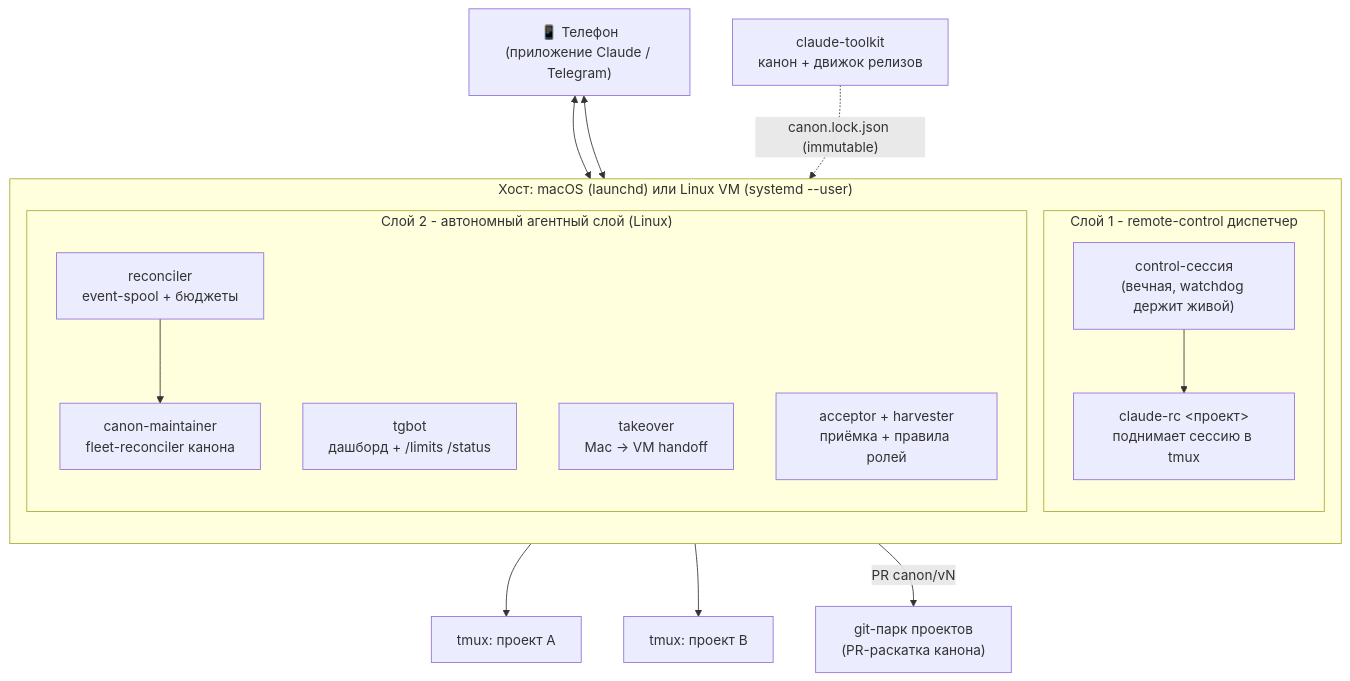
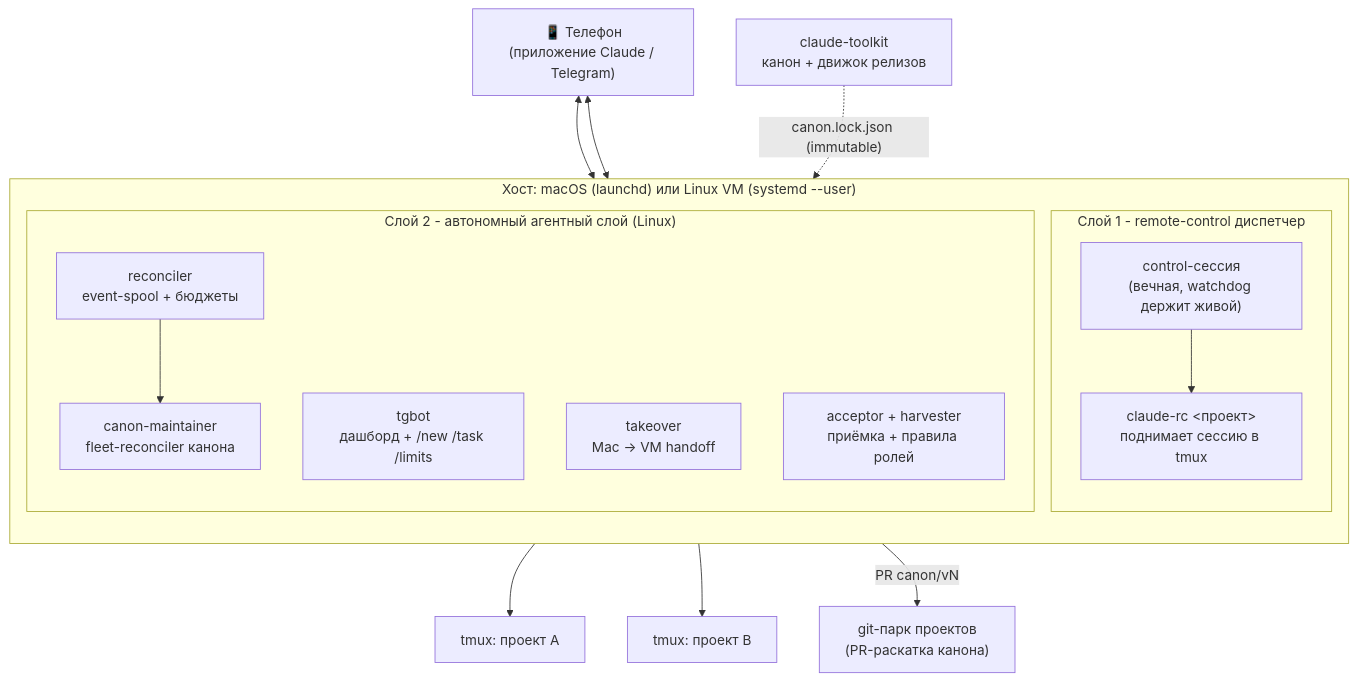
The diagram in README.md (dewil/claude-control), drawn with Mermaid before and after one commit. The commit also changed other lines of this file and 2 other files, not shown here.

First line of the commit message:
docs: довести README (ru/en) и architecture.md до состояния V2.10

````diff
--- a/README.md
+++ b/README.md
@@ -21,31 +21,31 @@
 ```mermaid
 flowchart TB
     phone["📱 Телефон<br/>(приложение Claude / Telegram)"]
 
     subgraph host["Хост: macOS (launchd) или Linux VM (systemd --user)"]
       direction TB
       subgraph L1["Слой 1 - remote-control диспетчер"]
         control["control-сессия<br/>(вечная, watchdog держит живой)"]
         rc["claude-rc &lt;проект&gt;<br/>поднимает сессию в tmux"]
         control --> rc
       end
       subgraph L2["Слой 2 - автономный агентный слой (Linux)"]
         recon["reconciler<br/>event-spool + бюджеты"]
-        tgbot["tgbot<br/>дашборд + /limits /status"]
+        tgbot["tgbot<br/>дашборд + /new /task /limits"]
         canon["canon-maintainer<br/>fleet-reconciler канона"]
         takeover["takeover<br/>Mac → VM handoff"]
         harvest["acceptor + harvester<br/>приёмка + правила ролей"]
       end
     end
 
     toolkit["claude-toolkit<br/>канон + движок релизов"]
     fleet["git-парк проектов<br/>(PR-раскатка канона)"]
 
     phone <--> control
     phone <--> tgbot
     rc --> projA["tmux: проект A"]
     rc --> projB["tmux: проект B"]
     toolkit -. "canon.lock.json (immutable)" .-> canon
     canon -- "PR canon/vN" --> fleet
     recon --> canon
 ```
````
